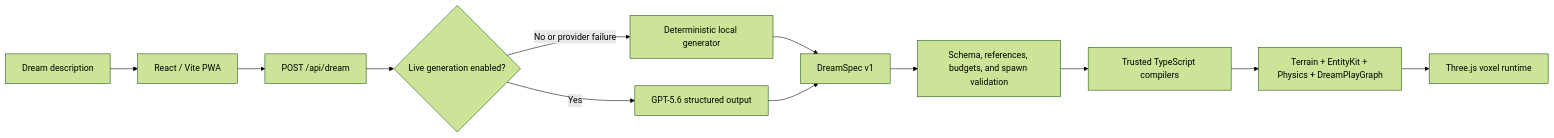
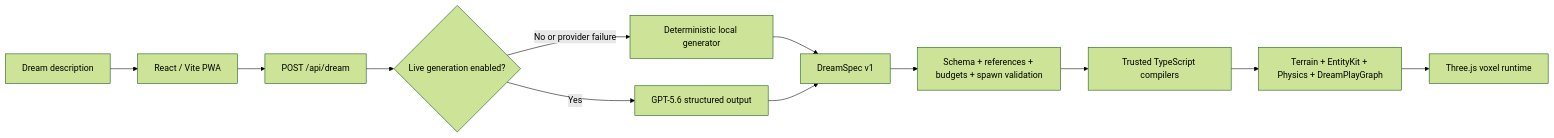
The diagram in README.md (joyboy257/dreamcraft), drawn with Mermaid (forest theme) before and after one commit. The commit also changed other lines of this file and 1 other file, not shown here.

````diff
--- a/README.md
+++ b/README.md
@@ -53,14 +101,14 @@
 ```mermaid
 flowchart LR
     A["Dream description"] --> B["React / Vite PWA"]
     B --> C["POST /api/dream"]
     C --> D{"Live generation enabled?"}
     D -- "No or provider failure" --> E["Deterministic local generator"]
     D -- "Yes" --> F["GPT-5.6 structured output"]
     E --> G["DreamSpec v1"]
     F --> G
-    G --> H["Schema, references, budgets, and spawn validation"]
+    G --> H["Schema + references + budgets + spawn validation"]
     H --> I["Trusted TypeScript compilers"]
     I --> J["Terrain + EntityKit + Physics + DreamPlayGraph"]
     J --> K["Three.js voxel runtime"]
 ```
````
